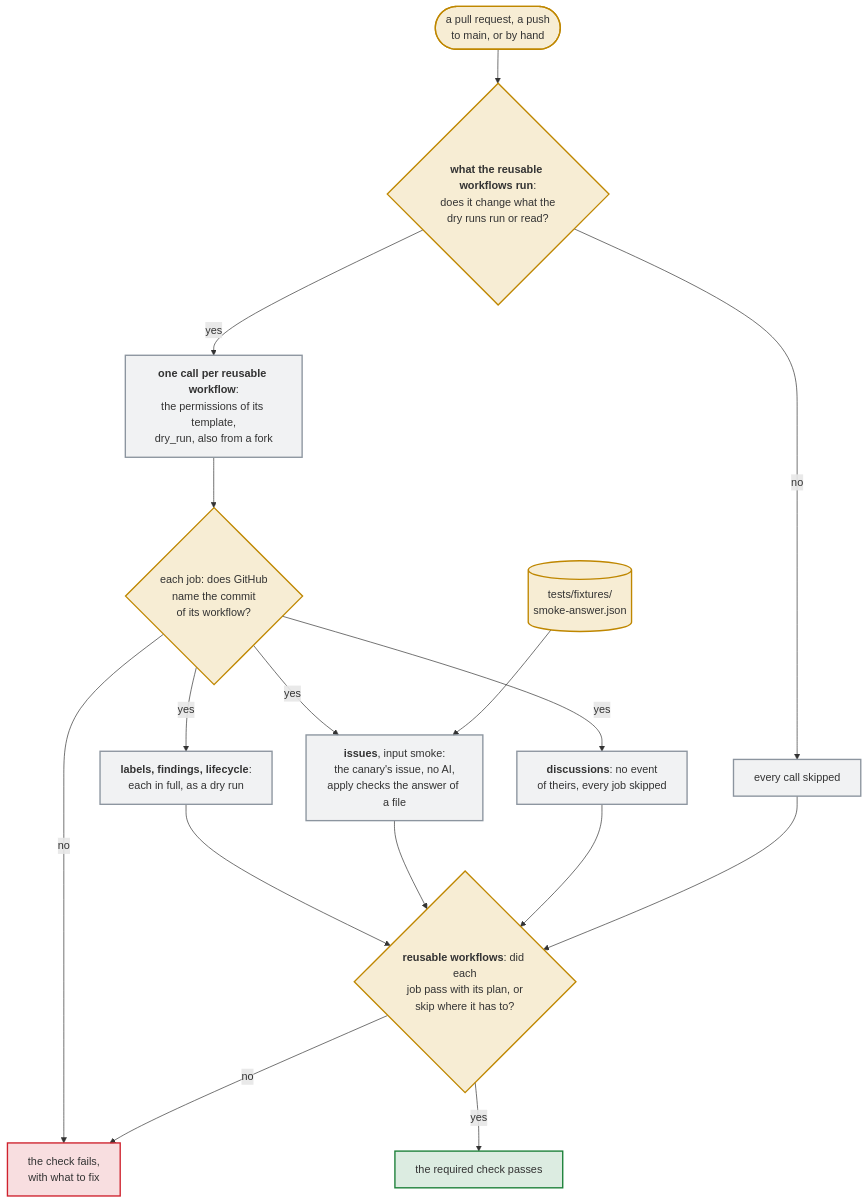
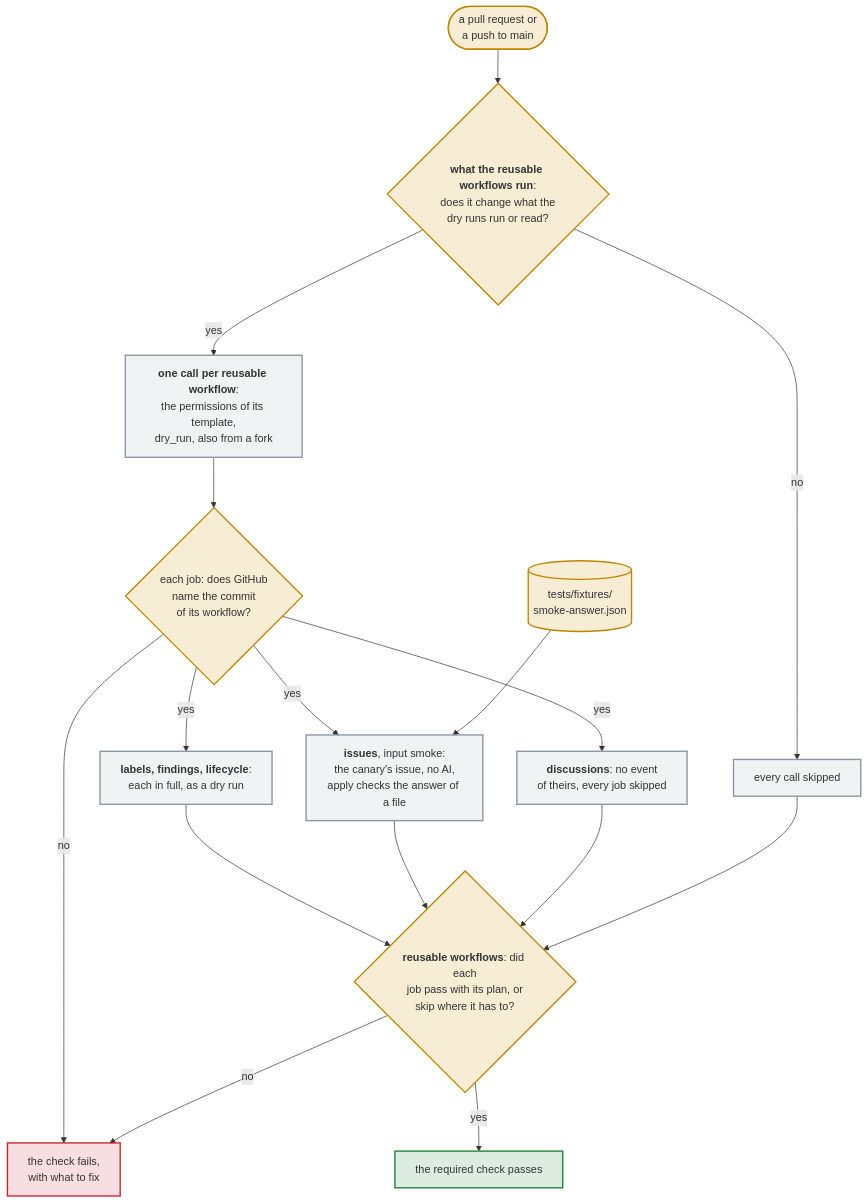
The diagram in docs/diagrams/how-the-workflow-test-runs-the-reusable-workflows.mmd (Dennis-Otto/issue-assistant), drawn with Mermaid before and after one commit. The commit also changed 6 other files, not shown here.

First line of the commit message:
ci: start the Workflow test only for pull requests and pushes to main

```diff
--- a/docs/diagrams/how-the-workflow-test-runs-the-reusable-workflows.mmd
+++ b/docs/diagrams/how-the-workflow-test-runs-the-reusable-workflows.mmd
@@ -1,27 +1,27 @@
 flowchart TB
   accTitle: How the Workflow test runs the reusable workflows
-  accDescr: Every pull request, every push to main and a run by hand start the Workflow test. Its first job asks GitHub for the files of a pull request: one that changes nothing that the dry runs run or read skips the calls. Otherwise one job calls each reusable workflow of the commit as a repository does, with the permissions of its template and as a dry run, also from a fork with a token that can only read. Before its checkouts, every job of a reusable workflow stops when GitHub names no commit of the workflow. The labels, the findings and the lifecycle run in full; the issues run with the input smoke, whose job event takes the canary's issue, whose analyze is skipped and whose apply checks the answer of tests/fixtures/smoke-answer.json; the discussions get no event of theirs and skip every job. The last job, the required check reusable workflows, reads the jobs of the run: each one passed with the step that writes the plan of its dry run, or was skipped where its call has to skip it, and it fails on every other.
-  start(["a pull request, a push<br>to main, or by hand"]) --> changes{"`**what the reusable workflows run**:<br>does it change what the<br>dry runs run or read?`"}
+  accDescr: Every pull request and every push to main start the Workflow test. Its first job asks GitHub for the files of a pull request: one that changes nothing that the dry runs run or read skips the calls. Otherwise one job calls each reusable workflow of the commit as a repository does, with the permissions of its template and as a dry run, also from a fork with a token that can only read. Before its checkouts, every job of a reusable workflow stops when GitHub names no commit of the workflow. The labels, the findings and the lifecycle run in full; the issues run with the input smoke, whose job event takes the canary's issue, whose analyze is skipped and whose apply checks the answer of tests/fixtures/smoke-answer.json; the discussions get no event of theirs and skip every job. The last job, the required check reusable workflows, reads the jobs of the run: each one passed with the step that writes the plan of its dry run, or was skipped where its call has to skip it, and it fails on every other.
+  start(["a pull request or<br>a push to main"]) --> changes{"`**what the reusable workflows run**:<br>does it change what the<br>dry runs run or read?`"}
   changes -- "no" --> skipped["every call skipped"]
   changes -- "yes" --> calls["`**one call per reusable workflow**:<br>the permissions of its template,<br>dry_run, also from a fork`"]
   calls --> guard{"each job: does GitHub<br>name the commit<br>of its workflow?"}
   guard -- "no" --> red["the check fails,<br>with what to fix"]
   guard -- "yes" --> full["`**labels, findings, lifecycle**:<br>each in full, as a dry run`"]
   guard -- "yes" --> issues["`**issues**, input smoke:<br>the canary's issue, no AI,<br>apply checks the answer of a file`"]
   guard -- "yes" --> discussions["`**discussions**: no event<br>of theirs, every job skipped`"]
   fixture[("tests/fixtures/<br>smoke-answer.json")] --> issues
   full --> gate
   issues --> gate
   discussions --> gate
   skipped --> gate
   gate{"`**reusable workflows**: did each<br>job pass with its plan, or<br>skip where it has to?`"}
   gate -- "no" --> red
   gate -- "yes" --> green["the required check passes"]
   classDef trigger fill:#d4a72c33,stroke:#bf8700,stroke-width:2px
   classDef job fill:#8c959f1f,stroke:#8c959f,stroke-width:2px
   classDef safe fill:#1a7f3726,stroke:#1a7f37,stroke-width:2px
   classDef untrusted fill:#cf222e26,stroke:#cf222e,stroke-width:2px
   class start,fixture,changes,guard,gate trigger
   class calls,full,issues,discussions,skipped job
   class green safe
   class red untrusted
```
